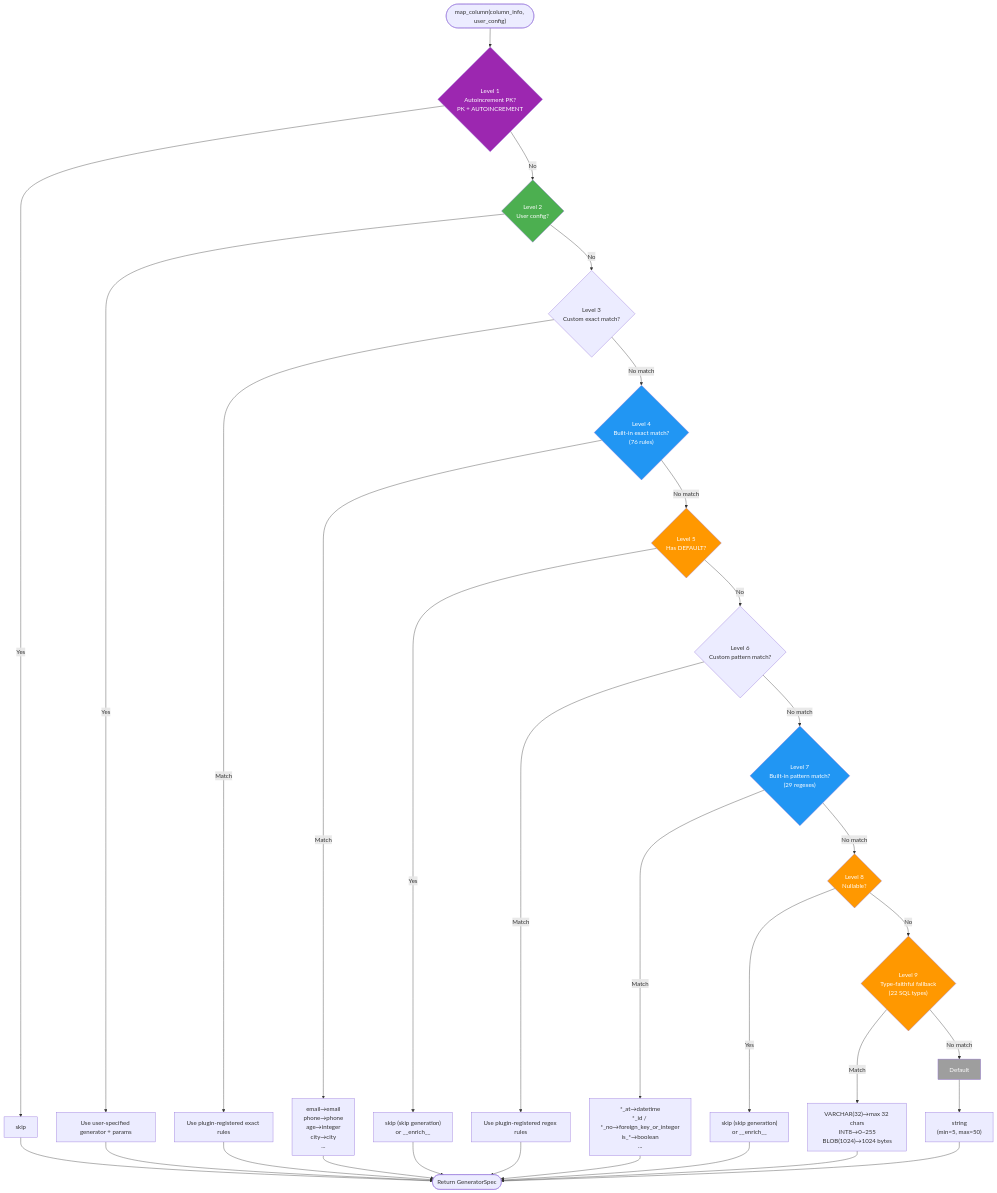
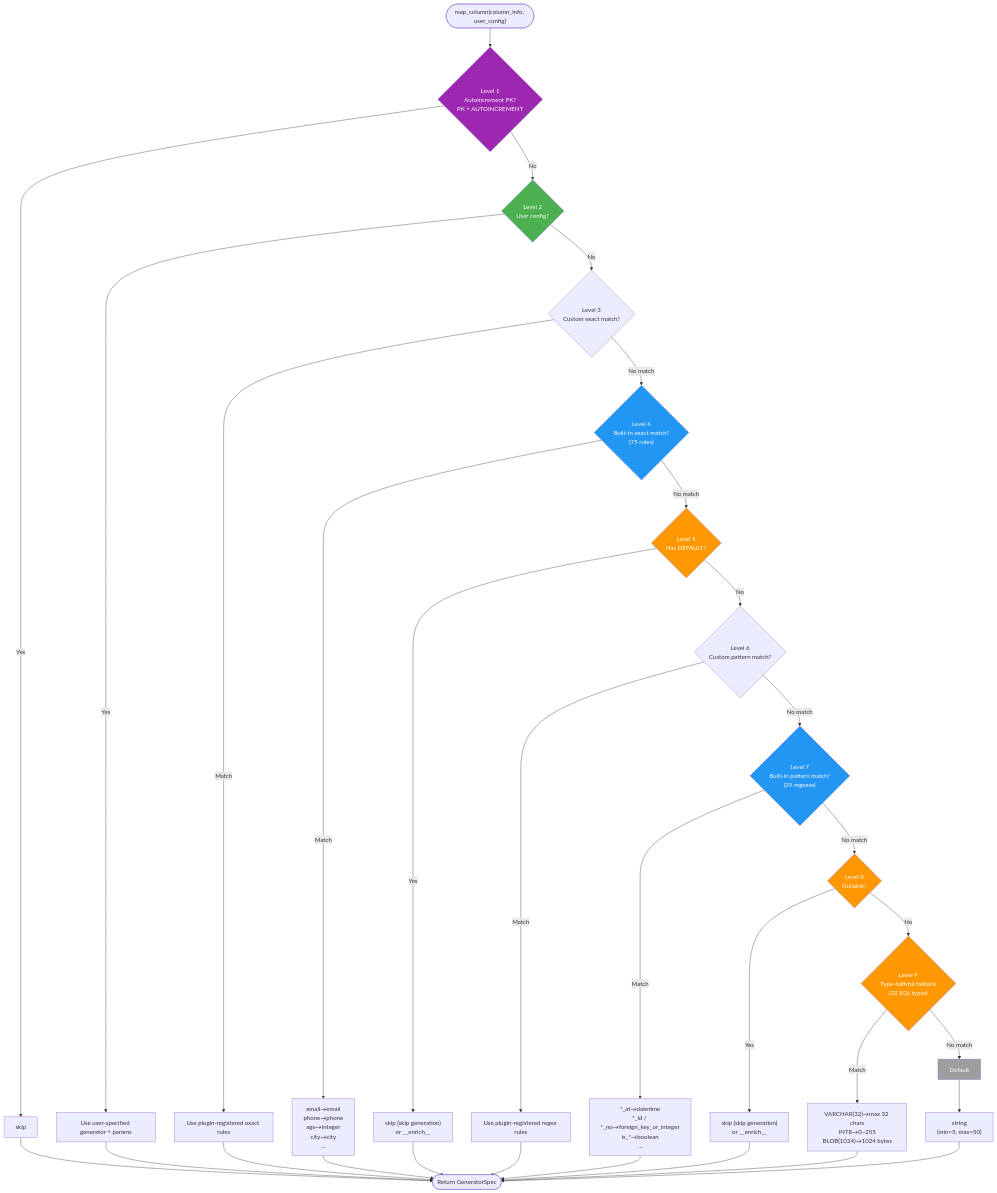
One commit to sunbos/sqlseed changed the third of 11 diagrams in docs/architecture.md. Above: the diagram before and after it, drawn with Mermaid. The commit also changed 10 other files, not shown here.

````diff
--- a/docs/architecture.md
+++ b/docs/architecture.md
@@ -209,53 +209,53 @@
 ```mermaid
 flowchart TD
     Start(["map_column(column_info, user_config)"]) --> L1
 
     L1{"Level 1<br/>Autoincrement PK?<br/>PK + AUTOINCREMENT"} -->|Yes| R1["skip"]
     L1 -->|No| L2
 
     L2{"Level 2<br/>User config?"} -->|Yes| R2["Use user-specified generator + params"]
     L2 -->|No| L3
 
     L3{"Level 3<br/>Custom exact match?"} -->|Match| R3["Use plugin-registered exact rules"]
     L3 -->|No match| L4
 
-    L4{"Level 4<br/>Built-in exact match?<br/>(<!-- BEGIN:AUTO-GENERATED:exact-match-rule-count -->76<!-- END:AUTO-GENERATED:exact-match-rule-count --> rules)"} -->|Match| R4["email→email<br/>phone→phone<br/>age→integer<br/>city→city<br/>..."]
+    L4{"Level 4<br/>Built-in exact match?<br/>(<!-- BEGIN:AUTO-GENERATED:exact-match-rule-count -->75<!-- END:AUTO-GENERATED:exact-match-rule-count --> rules)"} -->|Match| R4["email→email<br/>phone→phone<br/>age→integer<br/>city→city<br/>..."]
     L4 -->|No match| L5
 
     L5{"Level 5<br/>Has DEFAULT?"} -->|Yes| R5["skip (skip generation)<br/>or __enrich__"]
     L5 -->|No| L6
 
     L6{"Level 6<br/>Custom pattern match?"} -->|Match| R6["Use plugin-registered regex rules"]
     L6 -->|No match| L7
 
     L7{"Level 7<br/>Built-in pattern match?<br/>(<!-- BEGIN:AUTO-GENERATED:pattern-match-rule-count -->29<!-- END:AUTO-GENERATED:pattern-match-rule-count --> regexes)"} -->|Match| R7["*_at→datetime<br/>*_id / *_no→foreign_key_or_integer<br/>is_*→boolean<br/>..."]
     L7 -->|No match| L8
 
     L8{"Level 8<br/>Nullable?"} -->|Yes| R8["skip (skip generation)<br/>or __enrich__"]
     L8 -->|No| L9
 
     L9{"Level 9<br/>Type-faithful fallback<br/>(22 SQL types)"} -->|Match| R9["VARCHAR(32)→max 32 chars<br/>INT8→0~255<br/>BLOB(1024)→1024 bytes"]
     L9 -->|No match| L10
 
     L10["Default"] --> R10["string<br/>(min=5, max=50)"]
 
     R1 --> Done(["Return GeneratorSpec"])
     R2 --> Done
     R3 --> Done
     R4 --> Done
     R5 --> Done
     R6 --> Done
     R7 --> Done
     R8 --> Done
     R9 --> Done
     R10 --> Done
 
     style L1 fill:#9C27B0,color:#fff
     style L2 fill:#4CAF50,color:#fff
     style L4 fill:#2196F3,color:#fff
     style L5 fill:#FF9800,color:#fff
     style L7 fill:#2196F3,color:#fff
     style L8 fill:#FF9800,color:#fff
     style L9 fill:#FF9800,color:#fff
     style L10 fill:#9E9E9E,color:#fff
 ```
````
